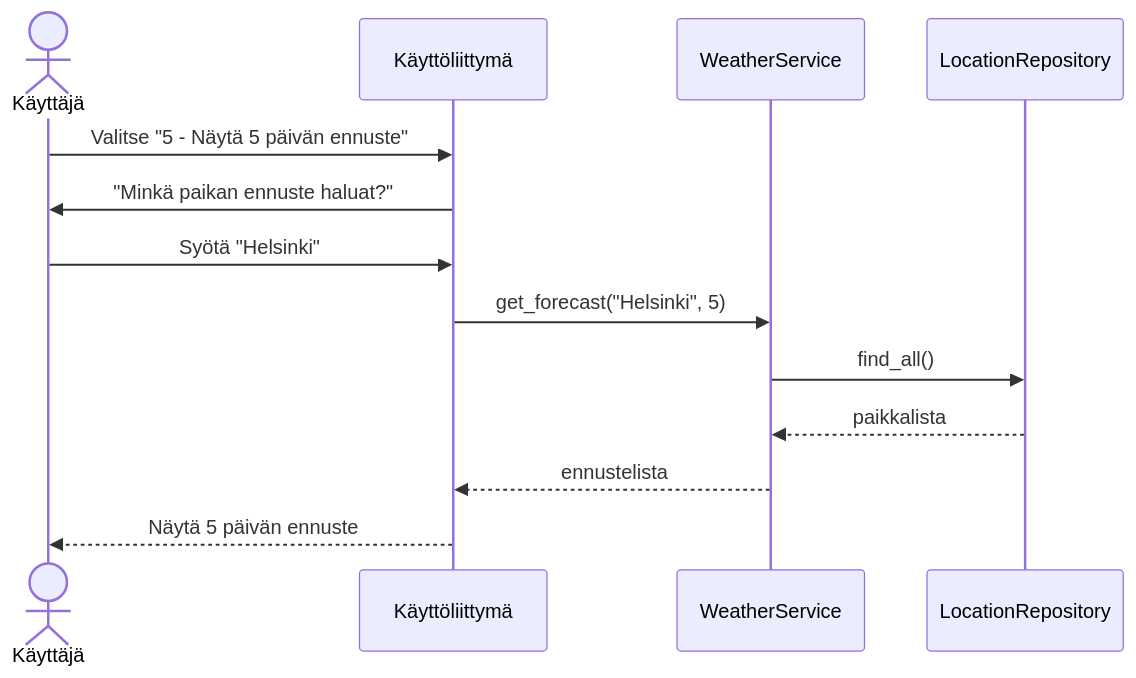
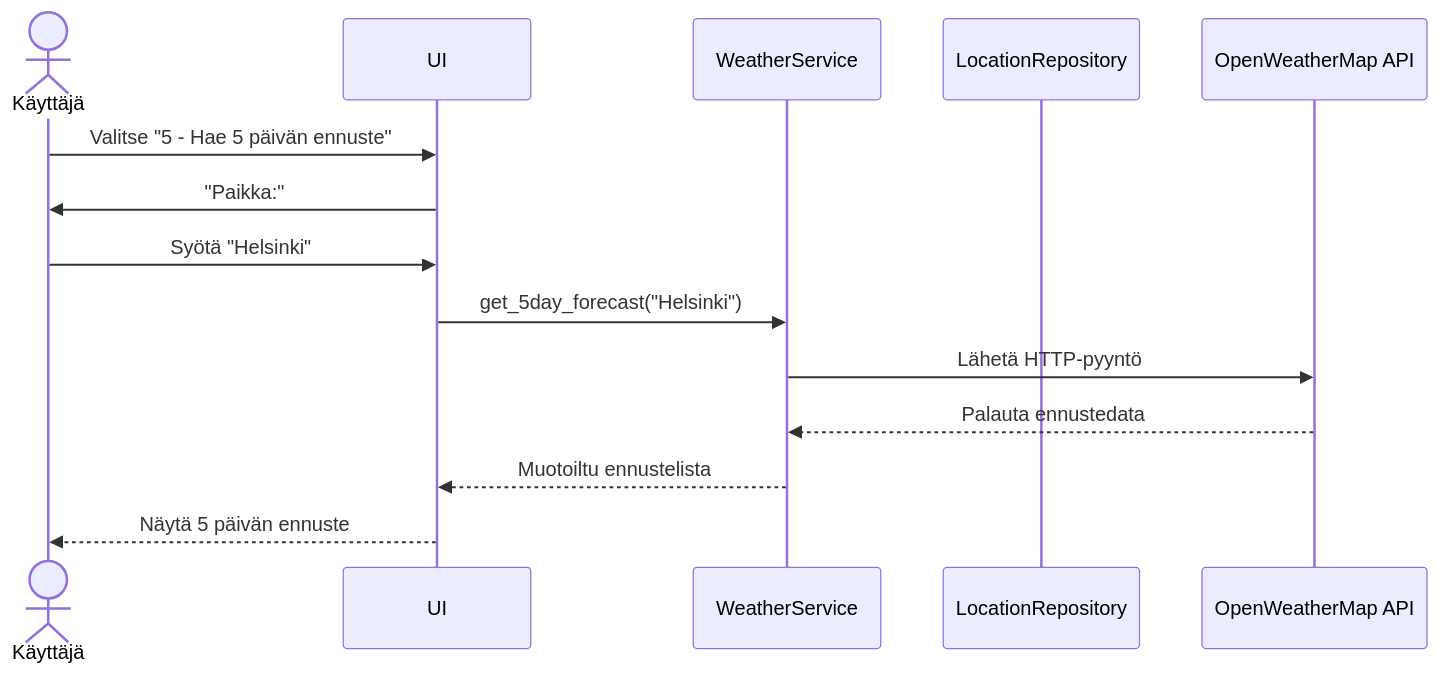
The second of 2 diagrams in dokumentaatio/arkkitehtuuri.md (Ayanlee1/ot-harjoitustyo), drawn with Mermaid before and after one commit. The commit also changed other lines of this file and 15 other files, not shown here.

````diff
--- a/dokumentaatio/arkkitehtuuri.md
+++ b/dokumentaatio/arkkitehtuuri.md
@@ -58,16 +76,17 @@
 ```mermaid
 sequenceDiagram
     actor Käyttäjä
-    participant Käyttöliittymä
+    participant UI
     participant WeatherService
     participant LocationRepository
+    participant OpenWeatherMap API
 
-    Käyttäjä->>Käyttöliittymä: Valitse "5 - Näytä 5 päivän ennuste"
-    Käyttöliittymä->>Käyttäjä: "Minkä paikan ennuste haluat?"
-    Käyttäjä->>Käyttöliittymä: Syötä "Helsinki"
-    Käyttöliittymä->>WeatherService: get_forecast("Helsinki", 5)
-    WeatherService->>LocationRepository: find_all()
-    LocationRepository-->>WeatherService: paikkalista
-    WeatherService-->>Käyttöliittymä: ennustelista
-    Käyttöliittymä-->>Käyttäjä: Näytä 5 päivän ennuste
+    Käyttäjä->>UI: Valitse "5 - Hae 5 päivän ennuste"
+    UI->>Käyttäjä: "Paikka:"
+    Käyttäjä->>UI: Syötä "Helsinki"
+    UI->>WeatherService: get_5day_forecast("Helsinki")
+    WeatherService->>OpenWeatherMap API: Lähetä HTTP-pyyntö
+    OpenWeatherMap API-->>WeatherService: Palauta ennustedata
+    WeatherService-->>UI: Muotoiltu ennustelista
+    UI-->>Käyttäjä: Näytä 5 päivän ennuste
 ```
````
